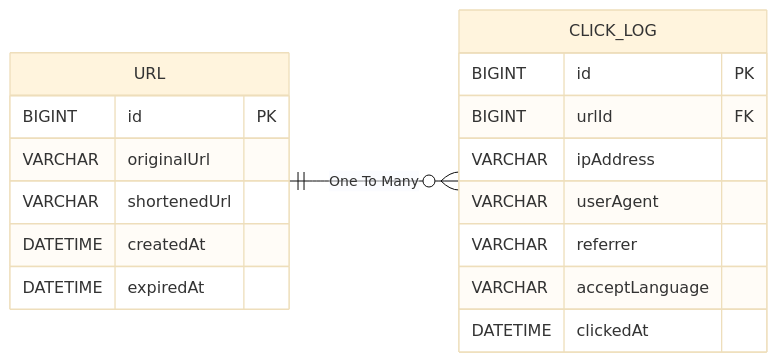
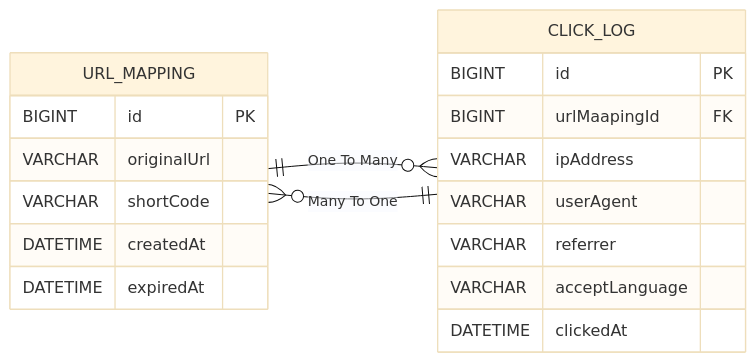
One commit to zzoe2346/url-shortener-system changed the diagram in README.md. Above: the diagram before and after it, drawn with Mermaid (base theme).

Commit message:
docs: ERD 수정

````diff
--- a/README.md
+++ b/README.md
@@ -86,25 +86,26 @@
 ```mermaid
 erDiagram
     direction LR
 
-    URL {
+    URL_MAPPING {
         BIGINT id PK
         VARCHAR originalUrl
-        VARCHAR shortenedUrl
+        VARCHAR shortCode
         DATETIME createdAt
         DATETIME expiredAt
     }
 
     CLICK_LOG {
         BIGINT id PK
-        BIGINT urlId FK
+        BIGINT urlMaapingId FK
         VARCHAR ipAddress
         VARCHAR userAgent
         VARCHAR referrer
         VARCHAR acceptLanguage
         DATETIME clickedAt
     }
 
-    URL ||--o{ CLICK_LOG : "One To Many"
+    URL_MAPPING ||--o{ CLICK_LOG : "One To Many"
+    CLICK_LOG ||--o{ URL_MAPPING : "Many To One"  
 
 ```
````
